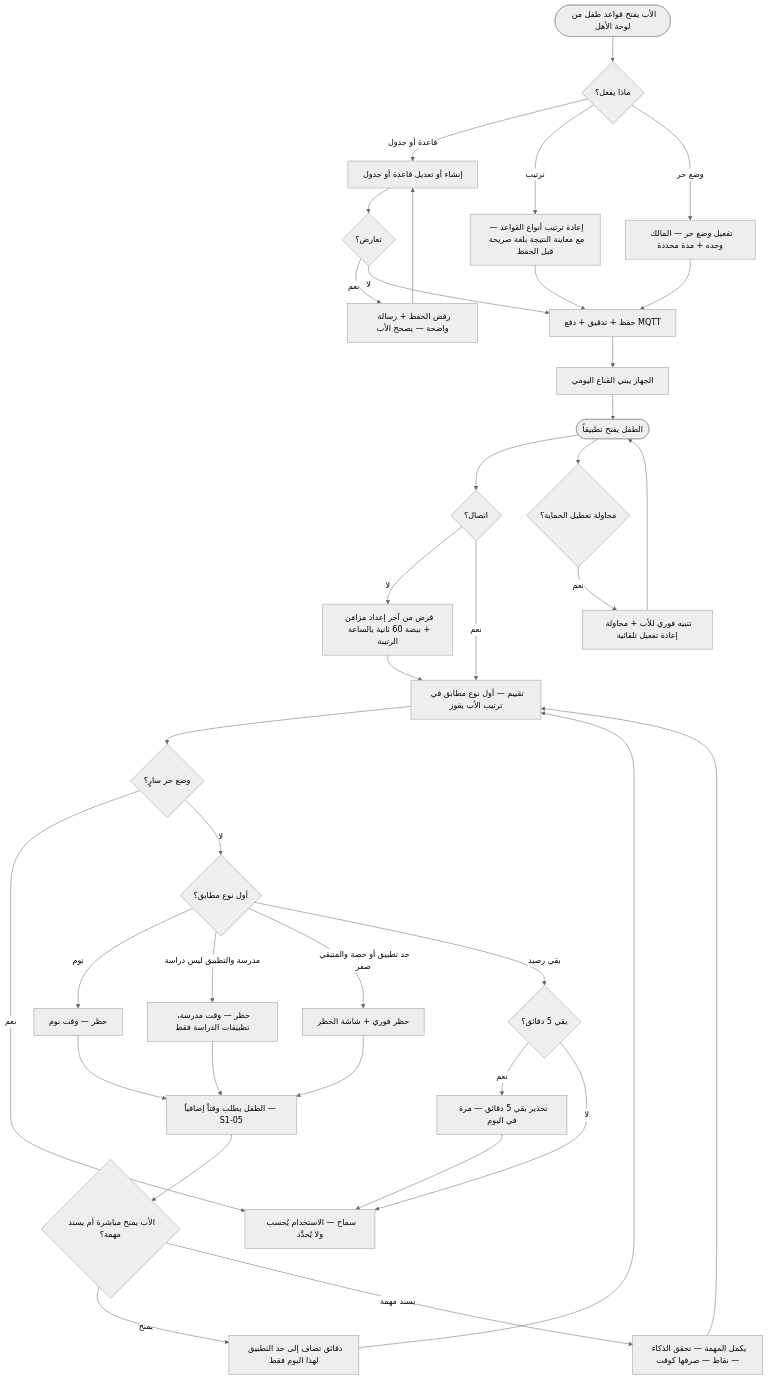
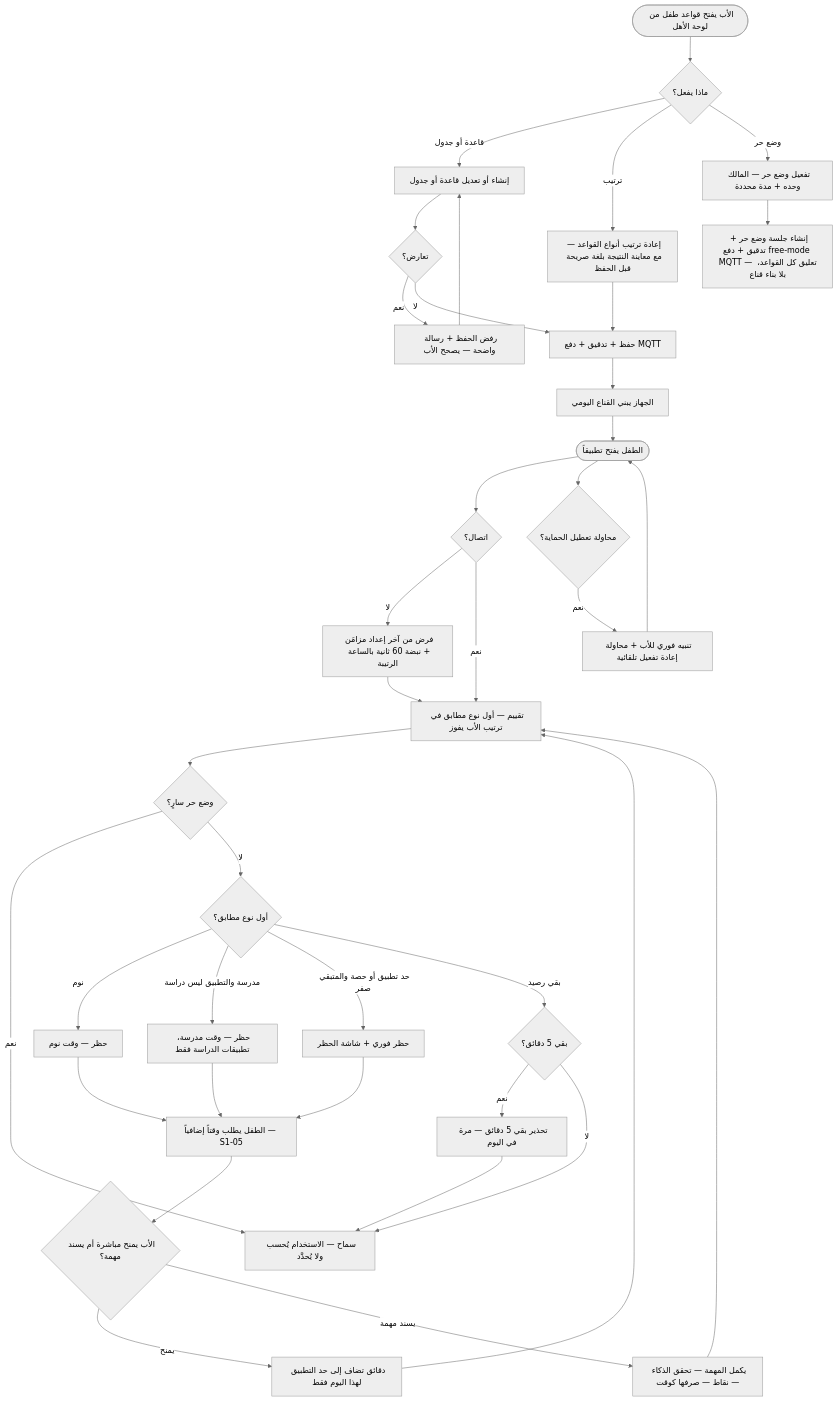
Before and after one commit to Bassam-mohammed-alqaeadi/family-os-v2: the tenth of 12 diagrams in docs/family-os/governance/phases/phase-1/S1-10-protection-and-enforcement/DIAGRAMS.md, drawn with Mermaid (neutral theme). The commit also changed other lines of this file and 11 other files, not shown here.

````diff
--- a/docs/family-os/governance/phases/phase-1/S1-10-protection-and-enforcement/DIAGRAMS.md
+++ b/docs/family-os/governance/phases/phase-1/S1-10-protection-and-enforcement/DIAGRAMS.md
@@ -388,40 +388,40 @@
 ```mermaid
 flowchart TD
     FStart([الأب يفتح قواعد طفل من لوحة الأهل]) --> FAct{ماذا يفعل؟}
     FAct -->|قاعدة أو جدول| FEdit[إنشاء أو تعديل قاعدة أو جدول]
     FEdit --> FConf{تعارض؟}
     FConf -->|نعم| FRej[رفض الحفظ + رسالة واضحة — يصحح الأب]
     FRej --> FEdit
     FConf -->|لا| FSave[حفظ + تدقيق + دفع MQTT]
     FAct -->|ترتيب| FOrd[إعادة ترتيب أنواع القواعد — مع معاينة النتيجة بلغة صريحة قبل الحفظ]
     FOrd --> FSave
     FAct -->|وضع حر| FFree[تفعيل وضع حر — المالك وحده + مدة محددة]
-    FFree --> FSave
+    FFree --> FFreeSave[إنشاء جلسة وضع حر + تدقيق + دفع free-mode MQTT — تعليق كل القواعد، بلا بناء قناع]
     FSave --> Sync[الجهاز يبني القناع اليومي]
     Sync --> COpen([الطفل يفتح تطبيقاً])
     COpen --> CConn{اتصال؟}
     CConn -->|لا| COff[فرض من آخر إعداد مزامَن + نبضة 60 ثانية بالساعة الرتيبة]
     COff --> CEval
     CConn -->|نعم| CEval[تقييم — أول نوع مطابق في ترتيب الأب يفوز]
     CEval --> CFree{وضع حر سارٍ؟}
     CFree -->|نعم| CAllow[سماح — الاستخدام يُحسب ولا يُحدَّد]
     CFree -->|لا| CMatch{أول نوع مطابق؟}
     CMatch -->|نوم| CBlockN[حظر — وقت نوم]
     CMatch -->|مدرسة والتطبيق ليس دراسة| CBlockS[حظر — وقت مدرسة، تطبيقات الدراسة فقط]
     CMatch -->|حد تطبيق أو حصة والمتبقي صفر| CBlockQ[حظر فوري + شاشة الحظر]
     CMatch -->|بقي رصيد| CWarn{بقي 5 دقائق؟}
     CWarn -->|نعم| CWarn2[تحذير بقي 5 دقائق — مرة في اليوم]
     CWarn2 --> CAllow
     CWarn -->|لا| CAllow
     CBlockN --> CReq[الطفل يطلب وقتاً إضافياً — S1-05]
     CBlockS --> CReq
     CBlockQ --> CReq
     CReq --> FDec{الأب يمنح مباشرة أم يسند مهمة؟}
     FDec -->|يمنح| CGrant[دقائق تضاف إلى حد التطبيق لهذا اليوم فقط]
     CGrant --> CEval
     FDec -->|يسند مهمة| CTask[يكمل المهمة — تحقق الذكاء — نقاط — صرفها كوقت]
     CTask --> CEval
     COpen --> CTamper{محاولة تعطيل الحماية؟}
     CTamper -->|نعم| CTAlert[تنبيه فوري للأب + محاولة إعادة تفعيل تلقائية]
     CTAlert --> COpen
 ```
````
